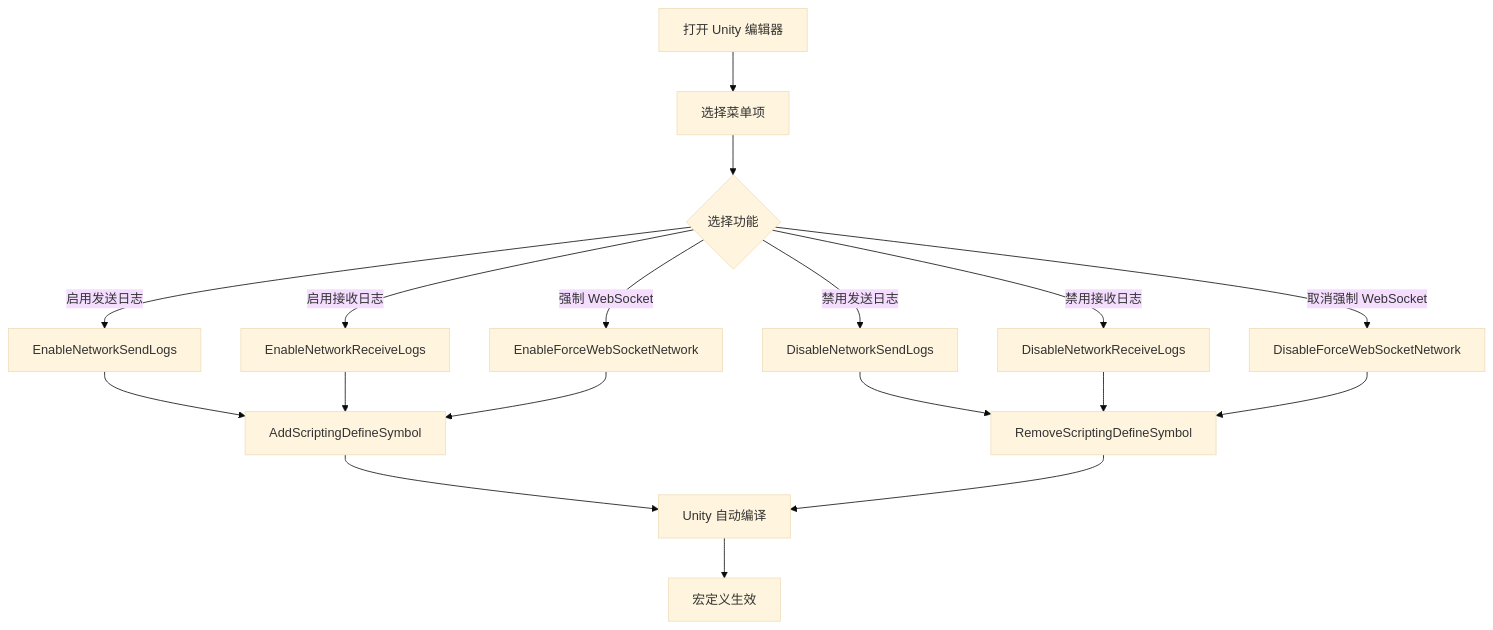
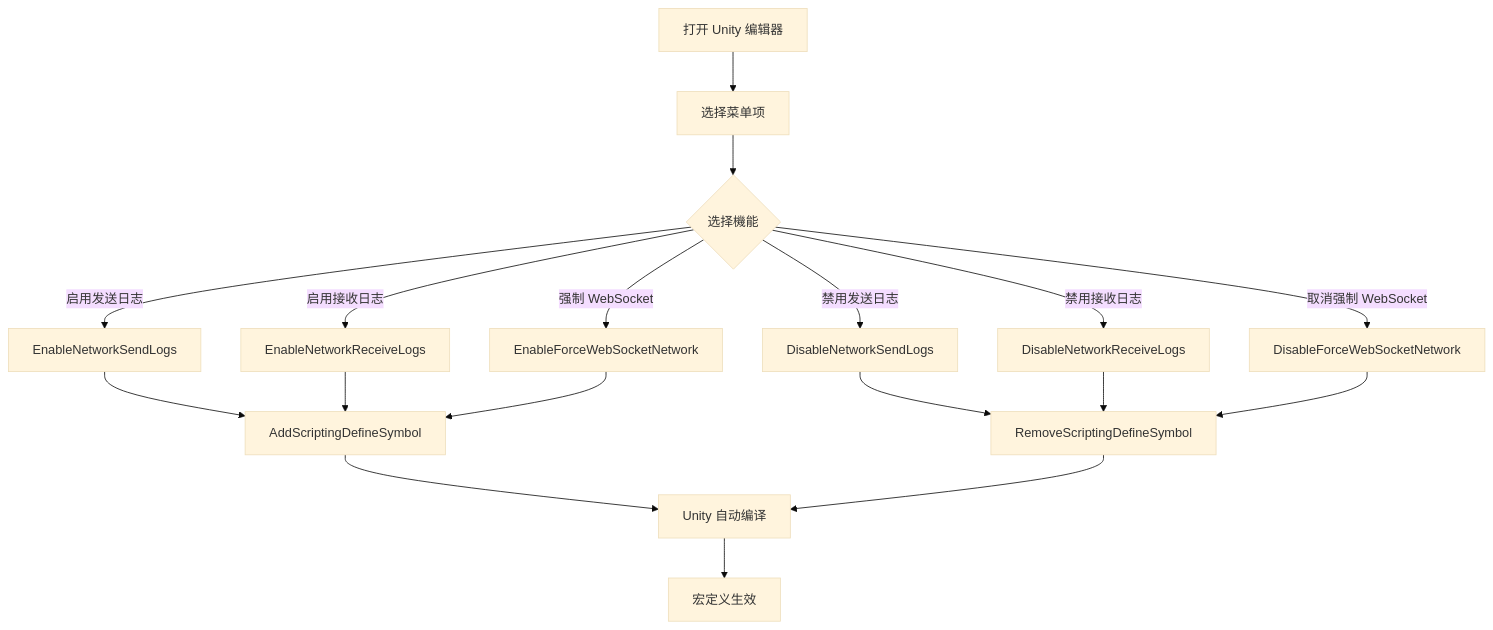
One commit to AlianBlank/GameFrameX.Docs changed the third of 3 diagrams in docs/ja/client/unity/component/network/12.editor-configuration.md. Above: the diagram before and after it, drawn with Mermaid (base theme). The commit also changed other lines of this file and 603 other files, not shown here.

````diff
--- a/docs/ja/client/unity/component/network/12.editor-configuration.md
+++ b/docs/ja/client/unity/component/network/12.editor-configuration.md
@@ -295,24 +295,24 @@
 ```mermaid
 flowchart TD
     A[打开 Unity 编辑器] --> B[选择菜单项]
-    B --> C{选择功能}
+    B --> C{选择機能}
     
     C -->|启用发送日志| D[EnableNetworkSendLogs]
     C -->|禁用发送日志| E[DisableNetworkSendLogs]
     C -->|启用接收日志| F[EnableNetworkReceiveLogs]
     C -->|禁用接收日志| G[DisableNetworkReceiveLogs]
     C -->|强制 WebSocket| H[EnableForceWebSocketNetwork]
     C -->|取消强制 WebSocket| I[DisableForceWebSocketNetwork]
     
     D --> J[AddScriptingDefineSymbol]
     E --> K[RemoveScriptingDefineSymbol]
     F --> J
     G --> K
     H --> J
     I --> K
     
     J --> L[Unity 自动编译]
     K --> L
     
     L --> M[宏定义生效]
 ```
````
